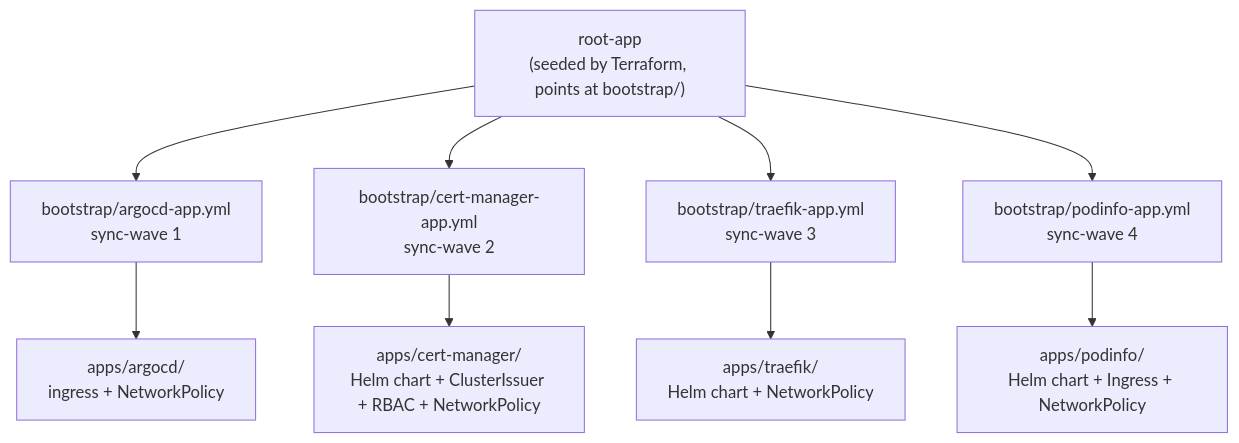
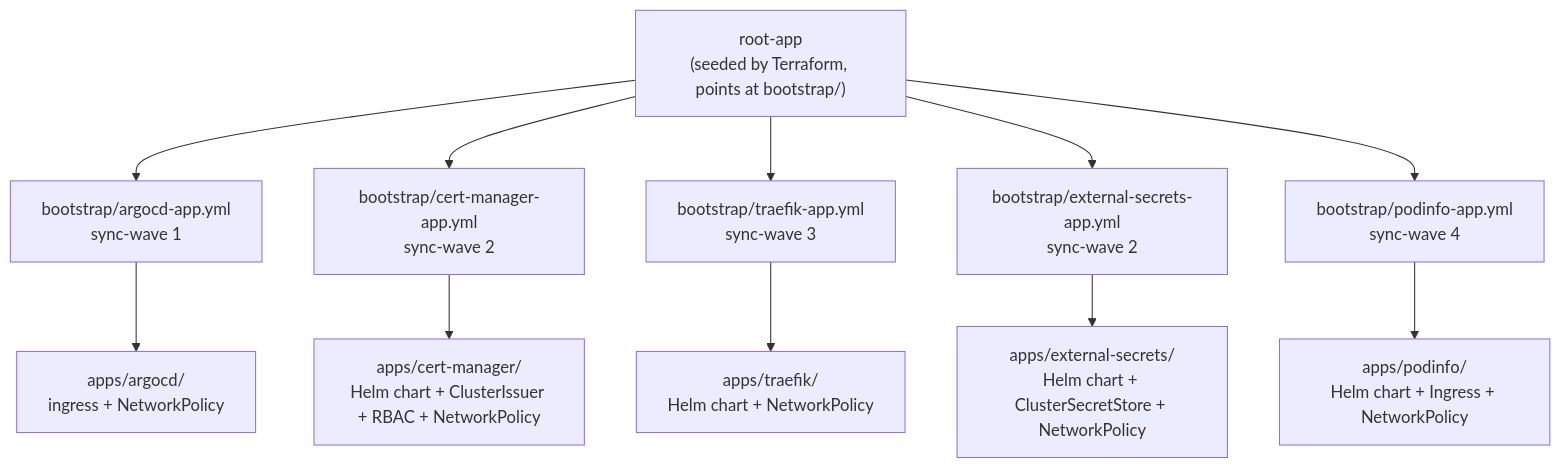
Before and after one commit to sbhiii/homelab-gitops: the diagram in docs/architecture.md, drawn with Mermaid. The commit also changed other lines of this file and 5 other files, not shown here.

````diff
--- a/docs/architecture.md
+++ b/docs/architecture.md
@@ -9,11 +9,13 @@
 ```mermaid
 flowchart TD
     R["root-app\n(seeded by Terraform, points at bootstrap/)"] --> B1["bootstrap/argocd-app.yml\nsync-wave 1"]
     R --> B2["bootstrap/cert-manager-app.yml\nsync-wave 2"]
     R --> B3["bootstrap/traefik-app.yml\nsync-wave 3"]
+    R --> BE["bootstrap/external-secrets-app.yml\nsync-wave 2"]
     R --> B4["bootstrap/podinfo-app.yml\nsync-wave 4"]
     B1 --> A1["apps/argocd/\ningress + NetworkPolicy"]
     B2 --> A2["apps/cert-manager/\nHelm chart + ClusterIssuer + RBAC + NetworkPolicy"]
     B3 --> A3["apps/traefik/\nHelm chart + NetworkPolicy"]
+    BE --> AE["apps/external-secrets/\nHelm chart + ClusterSecretStore + NetworkPolicy"]
     B4 --> A4["apps/podinfo/\nHelm chart + Ingress + NetworkPolicy"]
 ```
````
